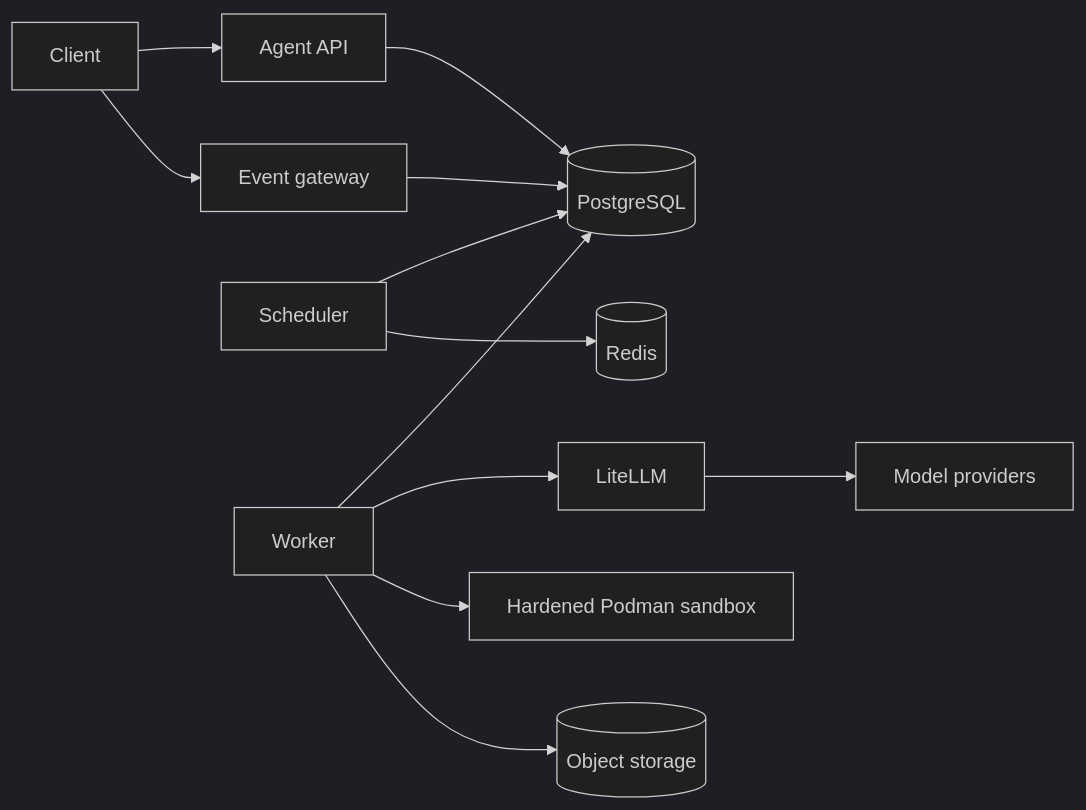
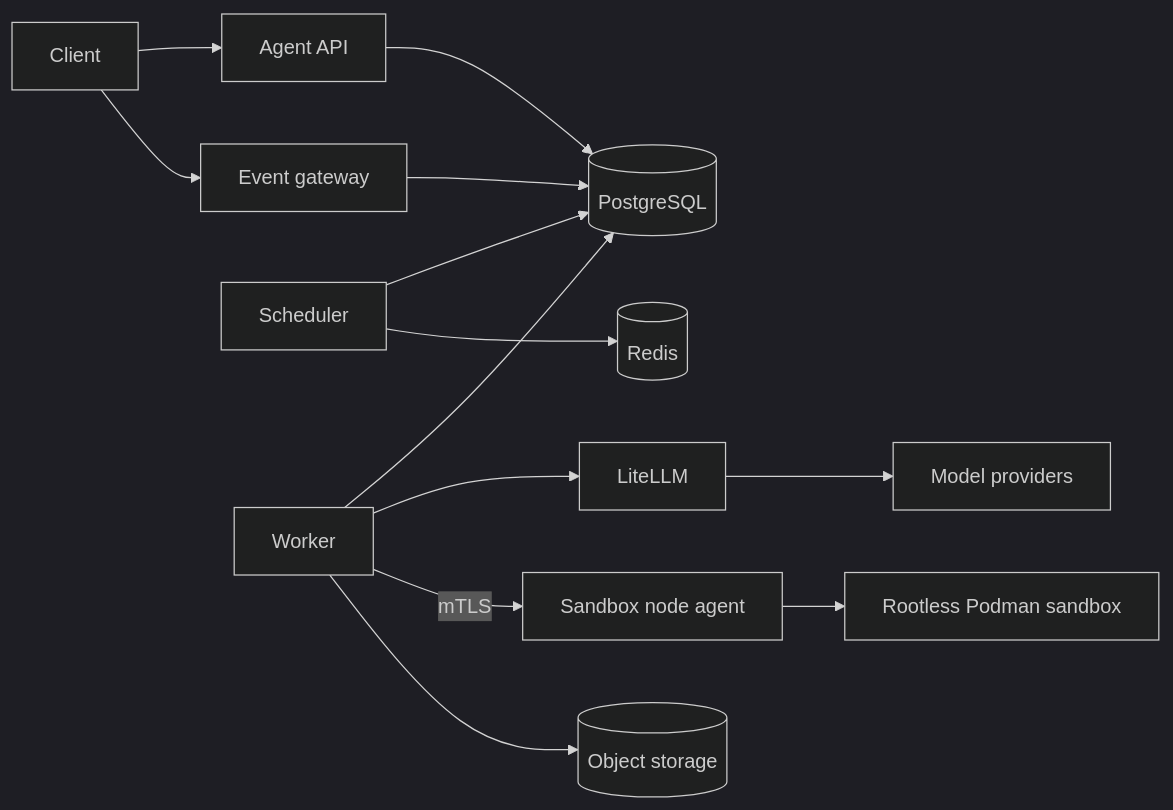
Before and after one commit to plcodebase/Distributed-Coding-Agent-Platform: the diagram in docs/architecture/overview.md, drawn with Mermaid (dark theme). The commit also changed other lines of this file and 57 other files, not shown here.

Commit message:
fix(sequence-43): close production release gates

````diff
--- a/docs/architecture/overview.md
+++ b/docs/architecture/overview.md
@@ -6,14 +6,15 @@
 ```mermaid
 flowchart LR
   Client --> API[Agent API]
   Client --> Events[Event gateway]
   API --> PG[(PostgreSQL)]
   Events --> PG
   Scheduler --> PG
   Worker --> PG
   Worker --> Gateway[LiteLLM]
   Gateway --> Providers[Model providers]
-  Worker --> Sandbox[Hardened Podman sandbox]
+  Worker -->|mTLS| Node[Sandbox node agent]
+  Node --> Sandbox[Rootless Podman sandbox]
   Worker --> Store[(Object storage)]
   Scheduler --> Redis[(Redis)]
 ```
````
